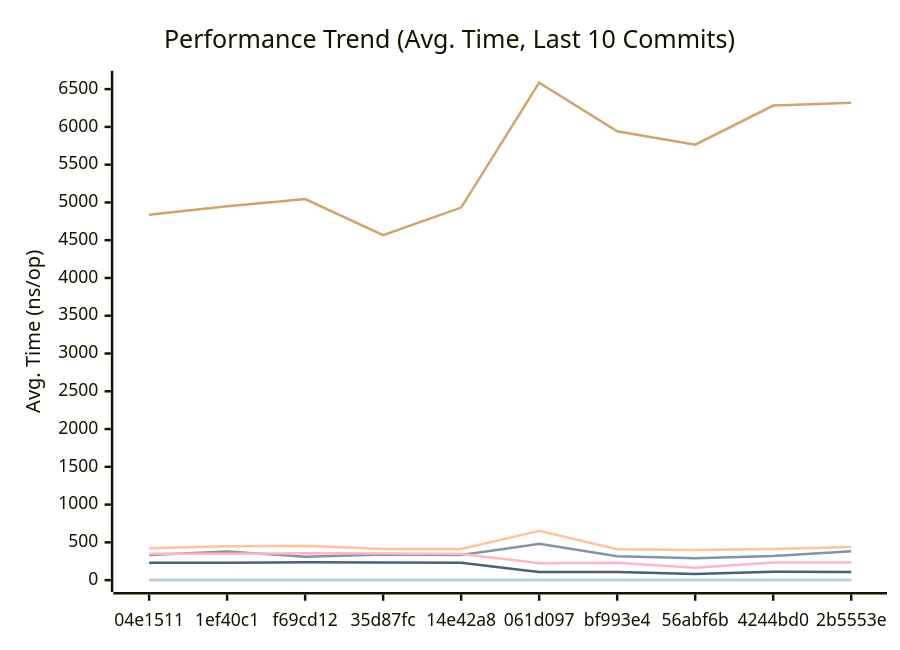
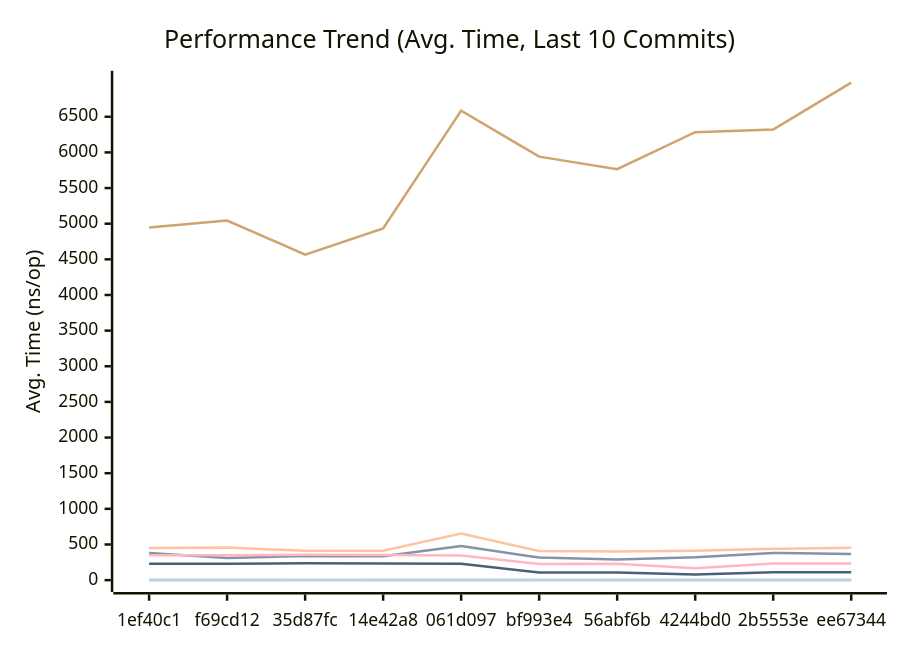
Before and after one commit to alsotoes/momo: the first of 3 diagrams in docs/PERFORMANCE.md, drawn with Mermaid. The commit also changed other lines of this file and 15 other files, not shown here.

````diff
--- a/docs/PERFORMANCE.md
+++ b/docs/PERFORMANCE.md
@@ -80,16 +80,16 @@
 ```mermaid
 xychart-beta
     title "Performance Trend (Avg. Time, Last 10 Commits)"
     x-axis "Commit"
     y-axis "Avg. Time (ns/op)"
-    x-axis [04e1511,1ef40c1,f69cd12,35d87fc,14e42a8,061d097,bf993e4,56abf6b,4244bd0,2b5553e]
-    line "CheckMetricsAndSwap" [8,12,9,7,8,11,7,9,8,8]
-    line "CrushOptimized" [331,380,310,340,334,480,316,291,320,382]
-    line "CrushOriginal" [423,449,456,411,411,653,408,400,411,439]
+    x-axis [1ef40c1,f69cd12,35d87fc,14e42a8,061d097,bf993e4,56abf6b,4244bd0,2b5553e,ee67344]
+    line "CheckMetricsAndSwap" [12,9,7,8,11,7,9,8,8,8]
+    line "CrushOptimized" [380,310,340,334,480,316,291,320,382,367]
+    line "CrushOriginal" [449,456,411,411,653,408,400,411,439,453]
     line "IndexDirectTracking" [0,0,0,0,0,0,0,0,0,0]
-    line "IndexSearch" [2,2,2,3,3,3,3,3,3,3]
-    line "LoadGlobalConfig" [4838,4948,5045,4567,4932,6586,5941,5764,6283,6321]
-    line "PadString" [2,2,2,2,2,3,2,2,2,2]
+    line "IndexSearch" [2,2,3,3,3,3,3,3,3,3]
+    line "LoadGlobalConfig" [4948,5045,4567,4932,6586,5941,5764,6283,6321,6979]
+    line "PadString" [2,2,2,2,3,2,2,2,2,2]
     line "ParseReplicationOrder_NoPrealloc" [350,349,357,354,345,225,229,165,232,234]
     line "ParseReplicationOrder_Prealloc" [229,231,237,234,229,108,107,80,110,109]
 ```
````
